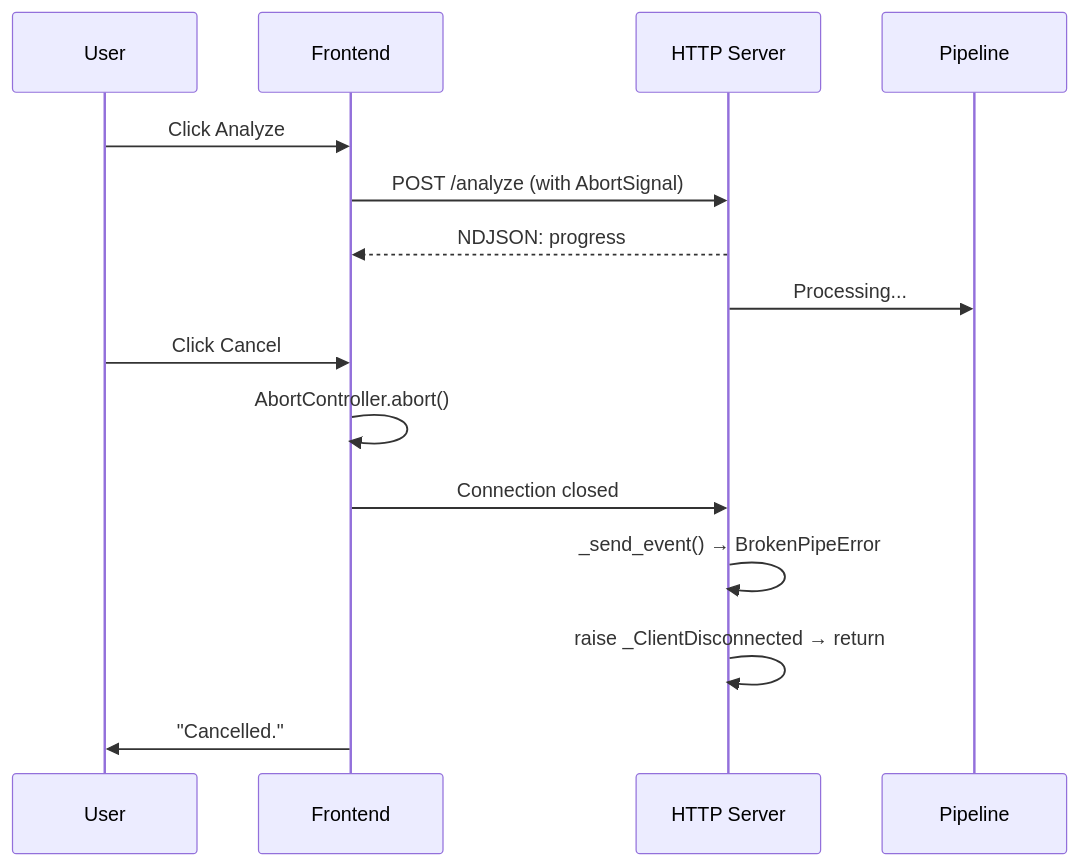
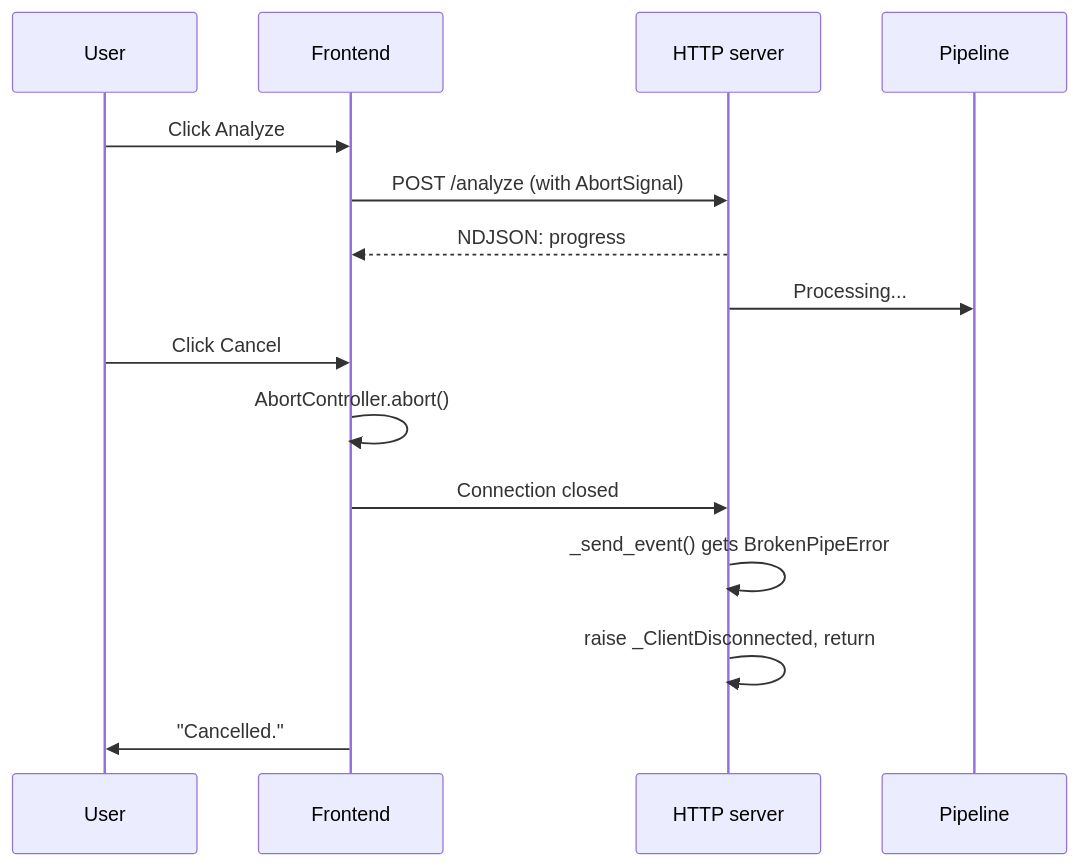
Before and after one commit to semnil/analyze-spectrum: diagram 12 of 18 in docs/architecture.md, drawn with Mermaid. The commit also changed other lines of this file and 7 other files, not shown here.

````diff
--- a/docs/architecture.md
+++ b/docs/architecture.md
@@ -317,18 +334,18 @@
 ```mermaid
 sequenceDiagram
     participant U as User
     participant FE as Frontend
-    participant SRV as HTTP Server
+    participant SRV as HTTP server
     participant PIPE as Pipeline
 
     U->>FE: Click Analyze
     FE->>SRV: POST /analyze (with AbortSignal)
     SRV-->>FE: NDJSON: progress
     SRV->>PIPE: Processing...
     U->>FE: Click Cancel
     FE->>FE: AbortController.abort()
     FE->>SRV: Connection closed
-    SRV->>SRV: _send_event() → BrokenPipeError
-    SRV->>SRV: raise _ClientDisconnected → return
+    SRV->>SRV: _send_event() gets BrokenPipeError
+    SRV->>SRV: raise _ClientDisconnected, return
     FE->>U: "Cancelled."
 ```
````
